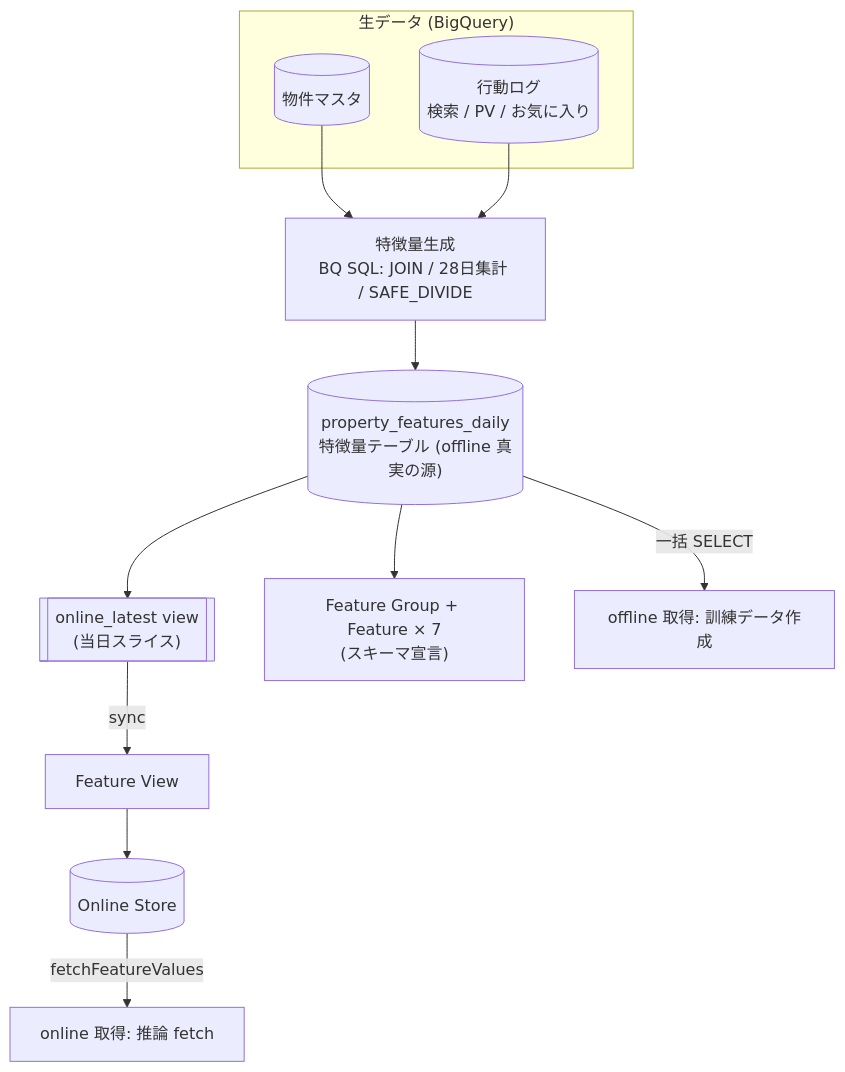
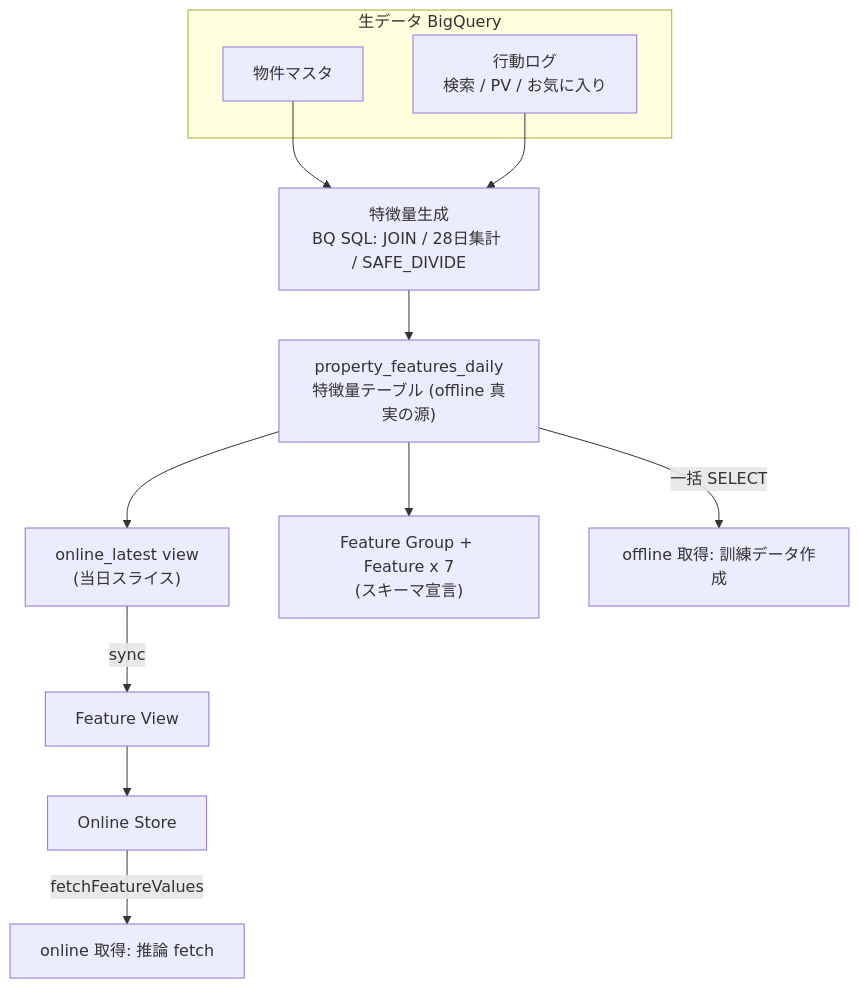
The sixth of 10 diagrams in docs/Feature-store入門.md (kurosawa-kuro/study-gcp-feature-store), drawn with Mermaid before and after one commit. The commit also changed other lines of this file and 6 other files, not shown here.

````diff
--- a/docs/Feature-store入門.md
+++ b/docs/Feature-store入門.md
@@ -160,22 +153,24 @@
 ```mermaid
-flowchart TB
-    subgraph SRC["生データ (BigQuery)"]
-        PM[("物件マスタ")]
-        LOG[("行動ログ<br/>検索 / PV / お気に入り")]
+graph TB
+    subgraph 生データ BigQuery
+        PM["物件マスタ"]
+        LOG["行動ログ<br/>検索 / PV / お気に入り"]
     end
-
     FE["特徴量生成<br/>BQ SQL: JOIN / 28日集計 / SAFE_DIVIDE"]
-    FD[("property_features_daily<br/>特徴量テーブル (offline 真実の源)")]
-    VW[["online_latest view<br/>(当日スライス)"]]
-    FG["Feature Group + Feature × 7<br/>(スキーマ宣言)"]
+    FD["property_features_daily<br/>特徴量テーブル (offline 真実の源)"]
+    VW["online_latest view<br/>(当日スライス)"]
+    FG["Feature Group + Feature x 7<br/>(スキーマ宣言)"]
     FV["Feature View"]
-    OS[("Online Store")]
+    OS["Online Store"]
     TRAIN["offline 取得: 訓練データ作成"]
     SERVE["online 取得: 推論 fetch"]
-
-    PM & LOG --> FE --> FD
+    PM --> FE
+    LOG --> FE
+    FE --> FD
     FD --> FG
-    FD --> VW -->|"sync"| FV --> OS
+    FD --> VW
+    VW -->|"sync"| FV
+    FV --> OS
     FD -->|"一括 SELECT"| TRAIN
     OS -->|"fetchFeatureValues"| SERVE
 ```
````
